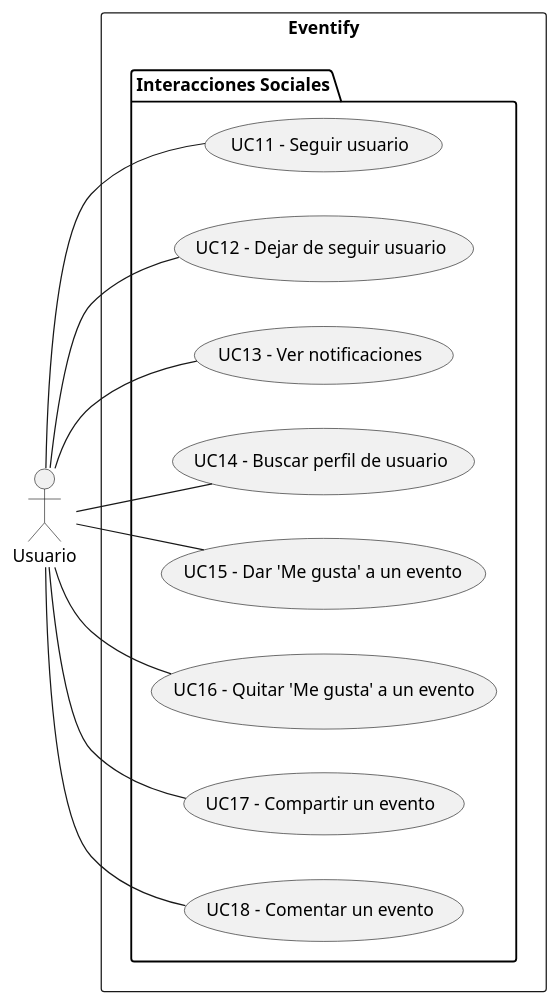
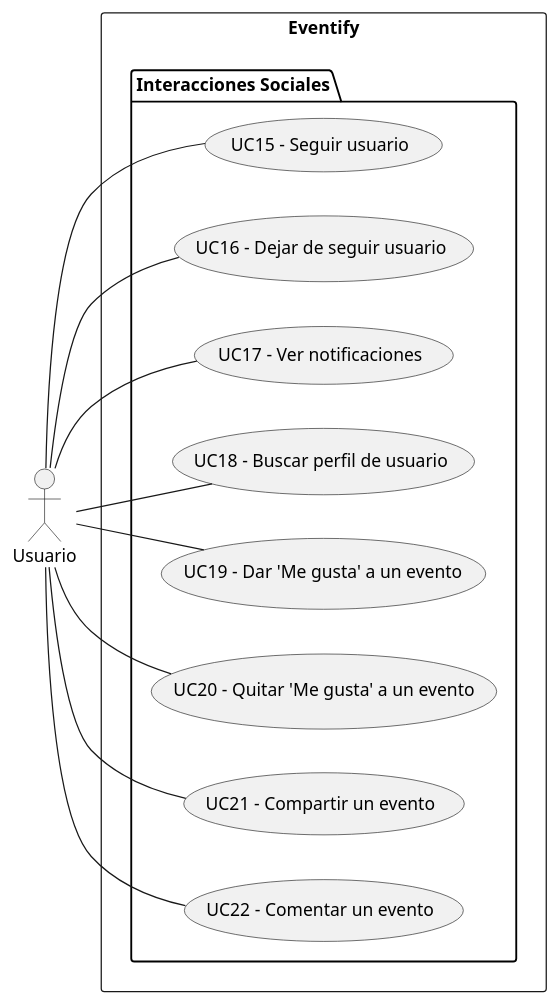
One commit to valeraruggierotesisucv/tesis-frameworks-mobile-diagrams changed the diagram in Requisitos/Casos de Uso/UseCaseDiagramSocialInteractions.plantuml. Above: the diagram before and after it, drawn with PlantUML. The commit also changed 14 other files, not shown here.

Commit message:
Update use case diagrams: renumber and reorganize use case identifiers across event management, social interactions, and user management packages

```diff
--- a/Requisitos/Casos de Uso/UseCaseDiagramSocialInteractions.plantuml
+++ b/Requisitos/Casos de Uso/UseCaseDiagramSocialInteractions.plantuml
@@ -1,25 +1,25 @@
 @startuml UseCaseDiagramSocialInteractions
     left to right direction
     actor "Usuario" as usuario
     rectangle "Eventify" {
         package "Interacciones Sociales" {
-            usecase "UC11 - Seguir usuario" as seguirUsuario
-            usecase "UC12 - Dejar de seguir usuario" as dejarSeguirUsuario
-            usecase "UC13 - Ver notificaciones" as verNotificaciones
-            usecase "UC14 - Buscar perfil de usuario" as buscarPerfil
-            usecase "UC15 - Dar 'Me gusta' a un evento" as darMeGusta
-            usecase "UC16 - Quitar 'Me gusta' a un evento" as quitarMeGusta
-            usecase "UC17 - Compartir un evento" as compartirEvento
-            usecase "UC18 - Comentar un evento" as comentarEvento
+            usecase "UC15 - Seguir usuario" as seguirUsuario
+            usecase "UC16 - Dejar de seguir usuario" as dejarSeguirUsuario
+            usecase "UC17 - Ver notificaciones" as verNotificaciones
+            usecase "UC18 - Buscar perfil de usuario" as buscarPerfil
+            usecase "UC19 - Dar 'Me gusta' a un evento" as darMeGusta
+            usecase "UC20 - Quitar 'Me gusta' a un evento" as quitarMeGusta
+            usecase "UC21 - Compartir un evento" as compartirEvento
+            usecase "UC22 - Comentar un evento" as comentarEvento
         }
     }
 
     usuario -- seguirUsuario
     usuario -- dejarSeguirUsuario   
     usuario -- verNotificaciones
     usuario -- buscarPerfil
     usuario -- darMeGusta
     usuario -- quitarMeGusta
     usuario -- compartirEvento
     usuario -- comentarEvento
 @enduml
```
